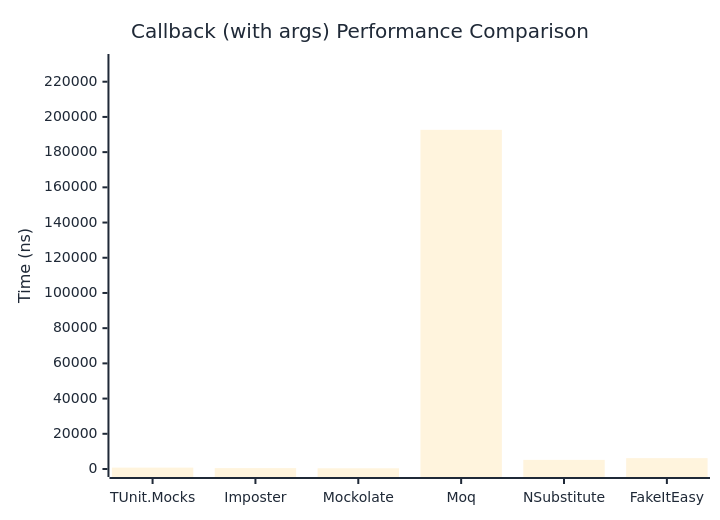
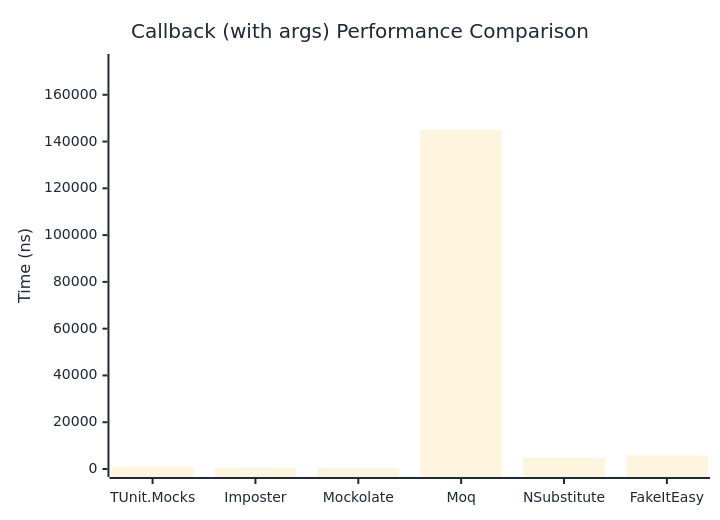
One commit to thomhurst/TUnit changed the second of 2 diagrams in docs/docs/benchmarks/mocks/Callback.md. Above: the diagram before and after it, drawn with Mermaid. The commit also changed other lines of this file and 14 other files, not shown here.

````diff
--- a/docs/docs/benchmarks/mocks/Callback.md
+++ b/docs/docs/benchmarks/mocks/Callback.md
@@ -71,27 +71,27 @@
 ```mermaid
 %%{init: {
   'theme':'base',
   'themeVariables': {
     'primaryColor': '#2563eb',
     'primaryTextColor': '#1f2937',
     'primaryBorderColor': '#1e40af',
     'lineColor': '#6b7280',
     'secondaryColor': '#7c3aed',
     'tertiaryColor': '#dc2626',
     'background': '#ffffff',
     'pie1': '#2563eb',
     'pie2': '#7c3aed',
     'pie3': '#dc2626',
     'pie4': '#f59e0b',
     'pie5': '#10b981',
     'pie6': '#06b6d4',
     'pie7': '#ec4899',
     'pie8': '#6366f1'
   }
 }}%%
 xychart-beta
   title "Callback (with args) Performance Comparison"
   x-axis ["TUnit.Mocks", "Imposter", "Mockolate", "Moq", "NSubstitute", "FakeItEasy"]
-  y-axis "Time (ns)" 0 --> 231200
-  bar [785.6, 509.7, 410.7, 192666, 5183.3, 6167.2]
+  y-axis "Time (ns)" 0 --> 174012
+  bar [770.4, 540.8, 402.6, 145009.6, 4693.5, 5793]
 ```
````
